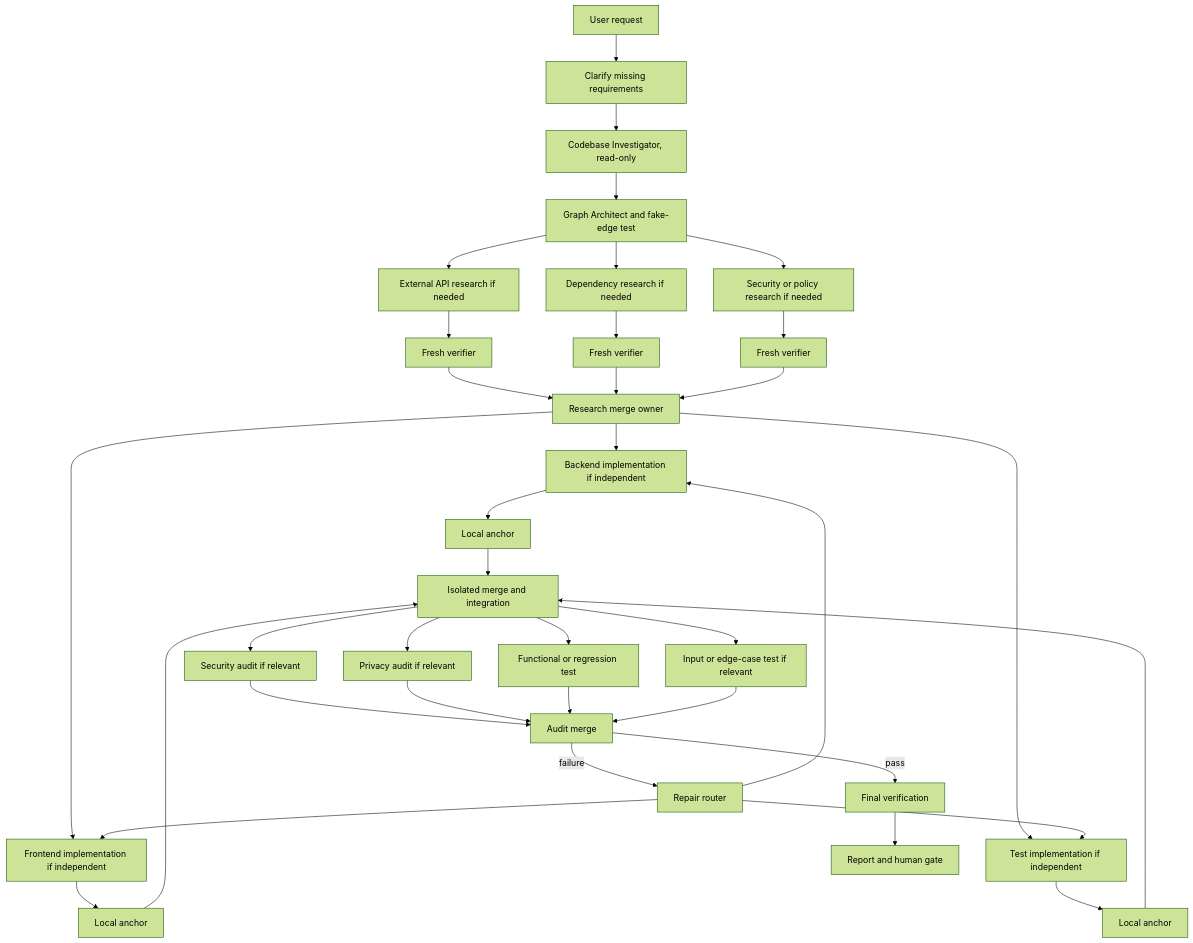
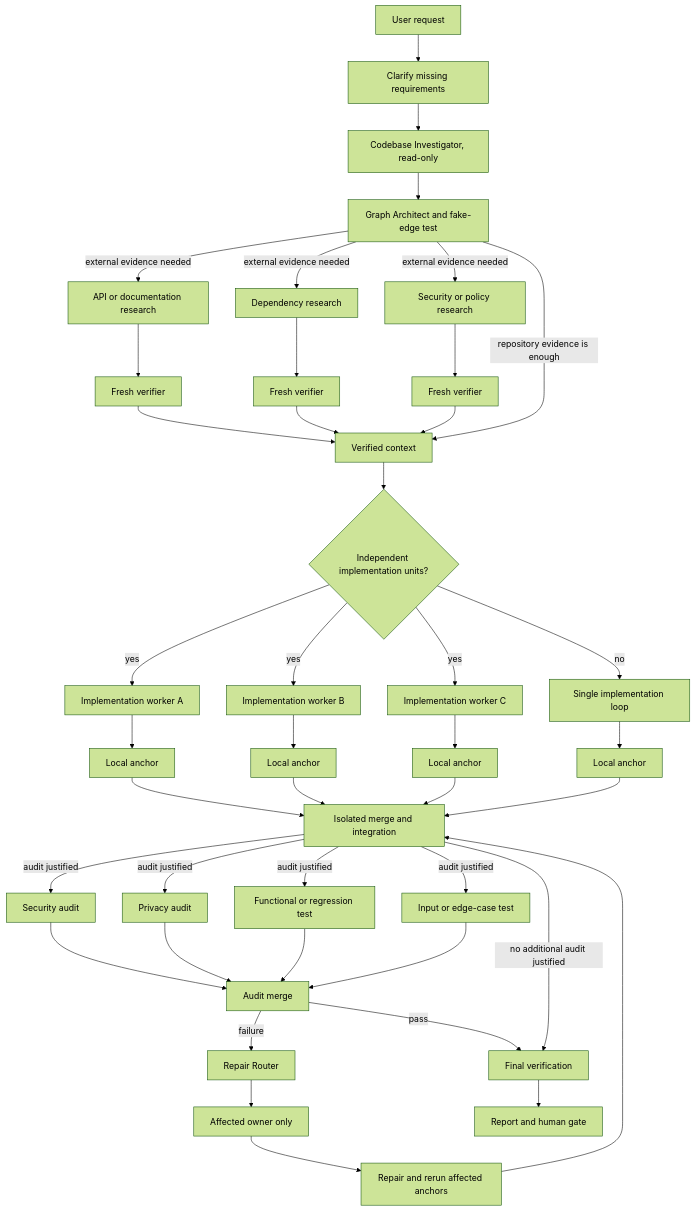
One commit to Thanarak-q/graph-engineering-workflow changed the diagram in README.md. Above: the diagram before and after it, drawn with Mermaid (forest theme). The commit also changed other lines of this file and 2 other files, not shown here.

Commit message:
docs: fix installation and graph workflow

````diff
--- a/README.md
+++ b/README.md
@@ -65,48 +95,54 @@
 ```mermaid
 flowchart TD
     U[User request] --> C[Clarify missing requirements]
     C --> CI[Codebase Investigator, read-only]
     CI --> G[Graph Architect and fake-edge test]
 
-    G --> R1[External API research if needed]
-    G --> R2[Dependency research if needed]
-    G --> R3[Security or policy research if needed]
+    G -->|external evidence needed| R1[API or documentation research]
+    G -->|external evidence needed| R2[Dependency research]
+    G -->|external evidence needed| R3[Security or policy research]
 
     R1 --> V1[Fresh verifier]
     R2 --> V2[Fresh verifier]
     R3 --> V3[Fresh verifier]
 
-    V1 --> RM[Research merge owner]
-    V2 --> RM
-    V3 --> RM
+    V1 --> K[Verified context]
+    V2 --> K
+    V3 --> K
+    G -->|repository evidence is enough| K
 
-    RM --> I1[Backend implementation if independent]
-    RM --> I2[Frontend implementation if independent]
-    RM --> I3[Test implementation if independent]
+    K --> D{Independent implementation units?}
+    D -->|yes| I1[Implementation worker A]
+    D -->|yes| I2[Implementation worker B]
+    D -->|yes| I3[Implementation worker C]
+    D -->|no| S[Single implementation loop]
 
     I1 --> T1[Local anchor]
     I2 --> T2[Local anchor]
     I3 --> T3[Local anchor]
+    S --> TS[Local anchor]
 
     T1 --> M[Isolated merge and integration]
     T2 --> M
     T3 --> M
+    TS --> M
 
-    M --> A1[Security audit if relevant]
-    M --> A2[Privacy audit if relevant]
-    M --> A3[Functional or regression test]
-    M --> A4[Input or edge-case test if relevant]
+    M -->|audit justified| A1[Security audit]
+    M -->|audit justified| A2[Privacy audit]
+    M -->|audit justified| A3[Functional or regression test]
+    M -->|audit justified| A4[Input or edge-case test]
+    M -->|no additional audit justified| F[Final verification]
 
     A1 --> AM[Audit merge]
     A2 --> AM
     A3 --> AM
     A4 --> AM
 
-    AM -->|failure| RR[Repair router]
-    RR --> I1
-    RR --> I2
-    RR --> I3
+    AM -->|failure| RR[Repair Router]
+    RR --> O[Affected owner only]
+    O --> RT[Repair and rerun affected anchors]
+    RT --> M
 
-    AM -->|pass| F[Final verification]
+    AM -->|pass| F
     F --> H[Report and human gate]
 ```
````
